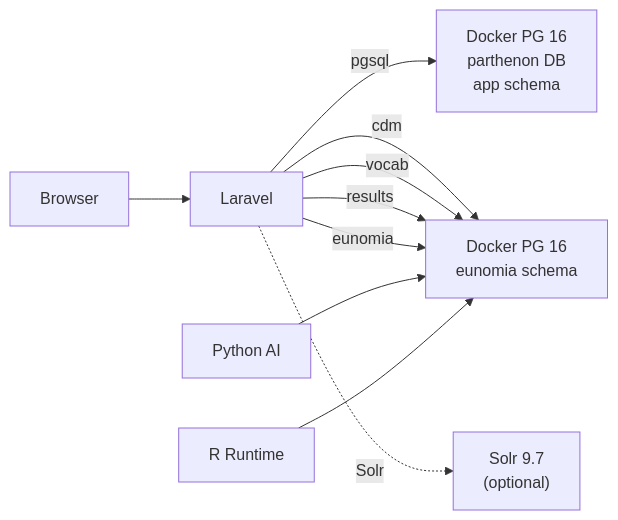
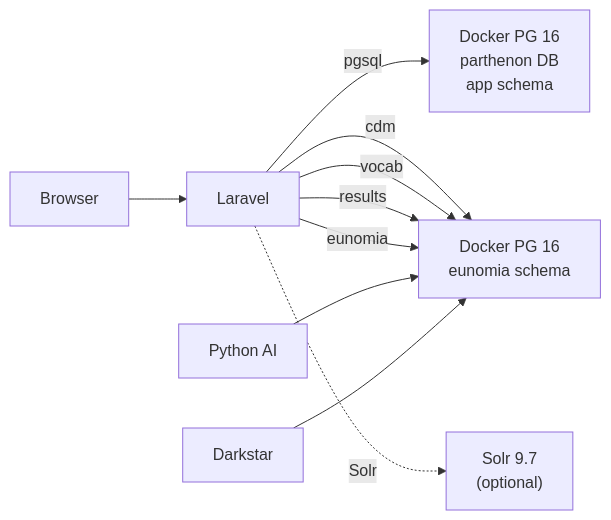
The first of 10 diagrams in docs/architecture/database-architecture.md (sudoshi/Parthenon), drawn with Mermaid before and after one commit. The commit also changed other lines of this file and 53 other files, not shown here.

````diff
--- a/docs/architecture/database-architecture.md
+++ b/docs/architecture/database-architecture.md
@@ -50,12 +50,12 @@
 ```mermaid
 graph LR
     Browser --> Laravel
     Laravel -->|pgsql| DockerPG["Docker PG 16<br/>parthenon DB<br/>app schema"]
     Laravel -->|cdm| DockerPG2["Docker PG 16<br/>eunomia schema"]
     Laravel -->|vocab| DockerPG2
     Laravel -->|results| DockerPG2
     Laravel -->|eunomia| DockerPG2
     Laravel -.->|Solr| Solr["Solr 9.7<br/>(optional)"]
     PythonAI["Python AI"] --> DockerPG2
-    R["R Runtime"] --> DockerPG2
+    Darkstar["Darkstar"] --> DockerPG2
 ```
````
